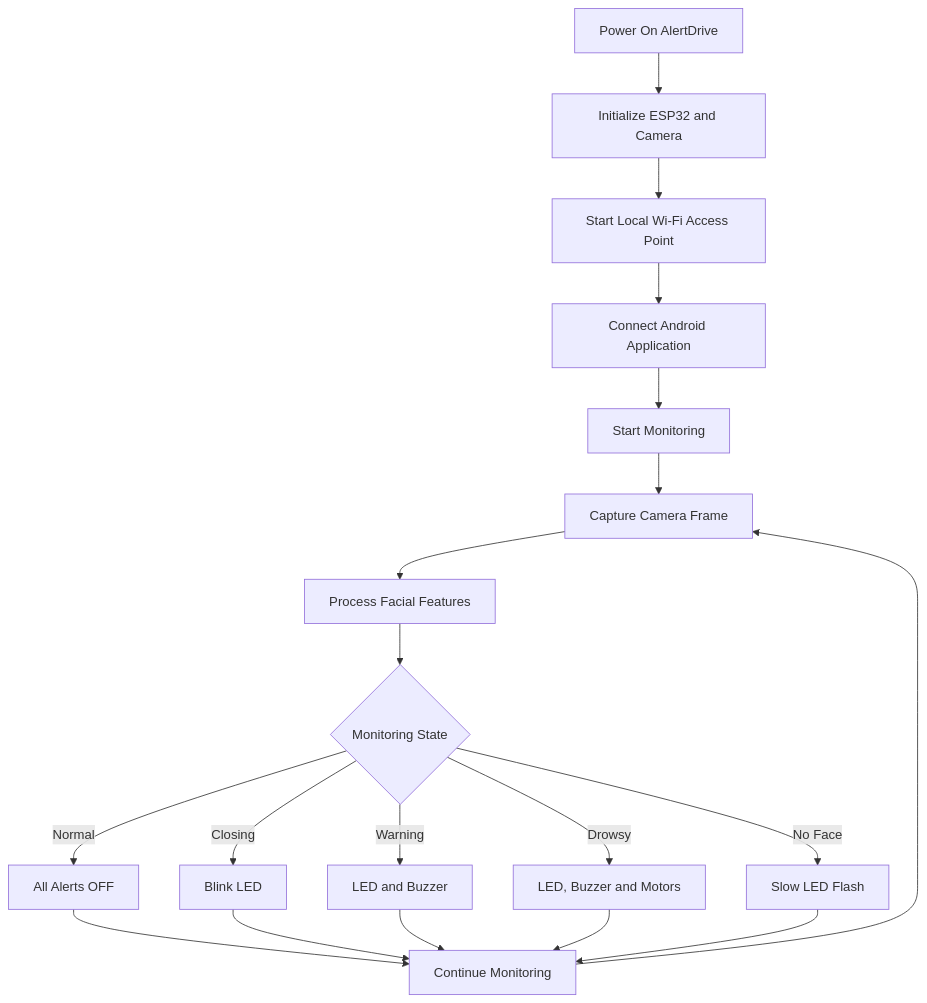
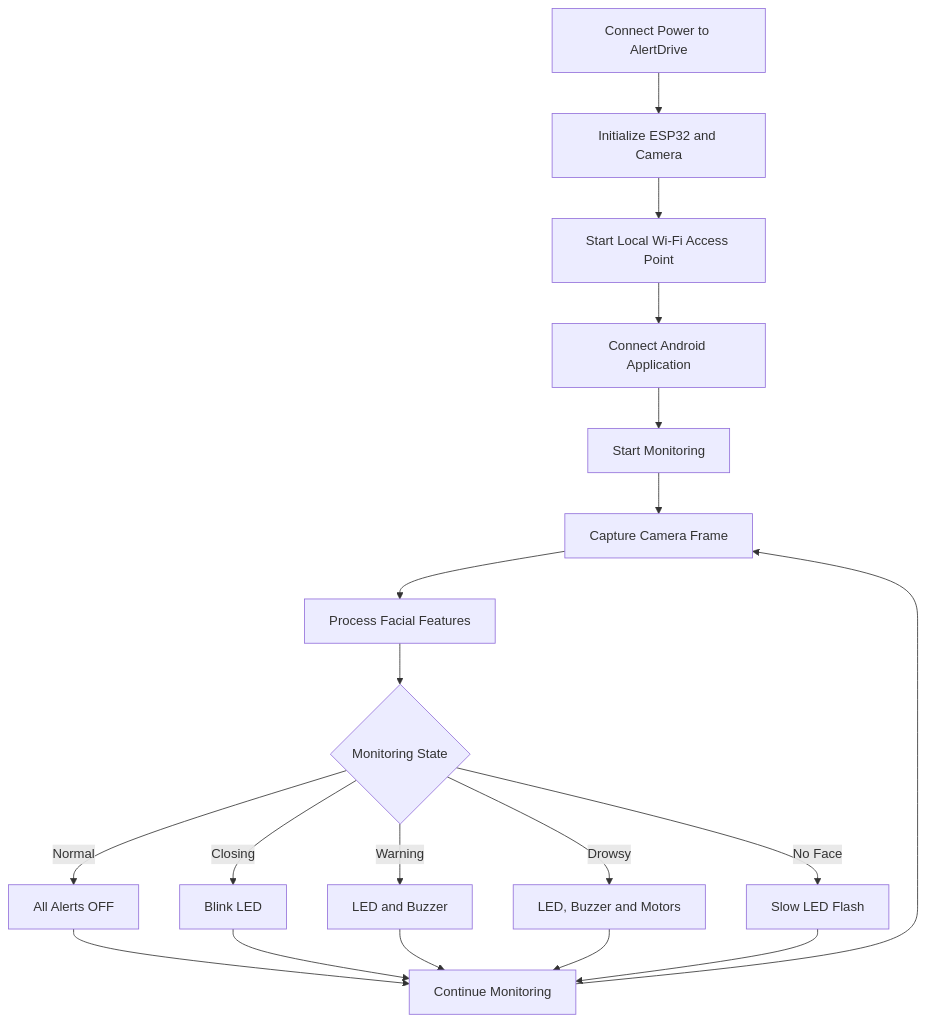
The second of 2 diagrams in README.md (piyushhhr/AlertDrive), drawn with Mermaid before and after one commit. The commit also changed other lines of this file and 11 other files, not shown here.

````diff
--- a/README.md
+++ b/README.md
@@ -351,21 +427,21 @@
 ```mermaid
 flowchart TD
-    A[Power On AlertDrive] --> B[Initialize ESP32 and Camera]
+    A[Connect Power to AlertDrive] --> B[Initialize ESP32 and Camera]
     B --> C[Start Local Wi-Fi Access Point]
     C --> D[Connect Android Application]
     D --> E[Start Monitoring]
     E --> F[Capture Camera Frame]
     F --> G[Process Facial Features]
     G --> H{Monitoring State}
     H -->|Normal| I[All Alerts OFF]
     H -->|Closing| J[Blink LED]
     H -->|Warning| K[LED and Buzzer]
     H -->|Drowsy| L[LED, Buzzer and Motors]
     H -->|No Face| M[Slow LED Flash]
     I --> N[Continue Monitoring]
     J --> N
     K --> N
     L --> N
     M --> N
     N --> F
 ```
````
